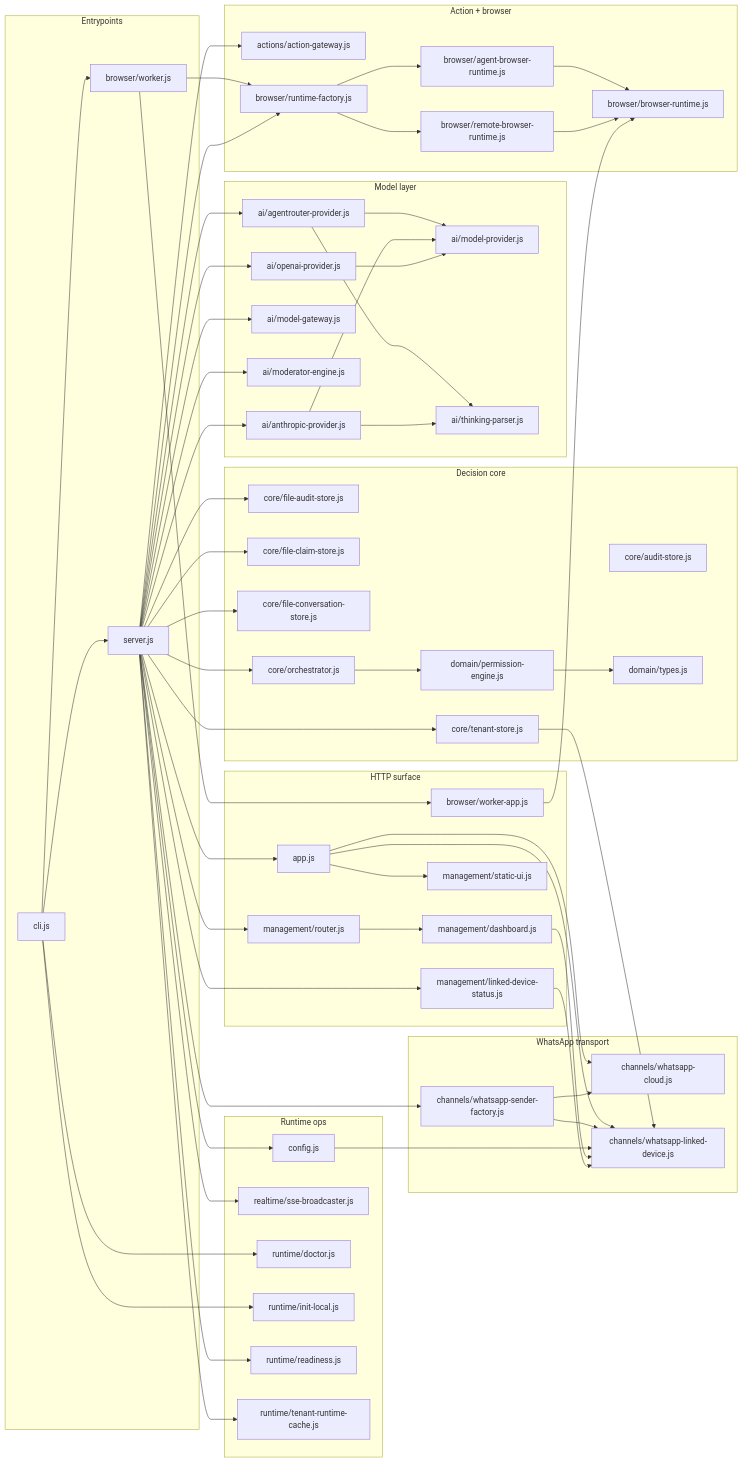
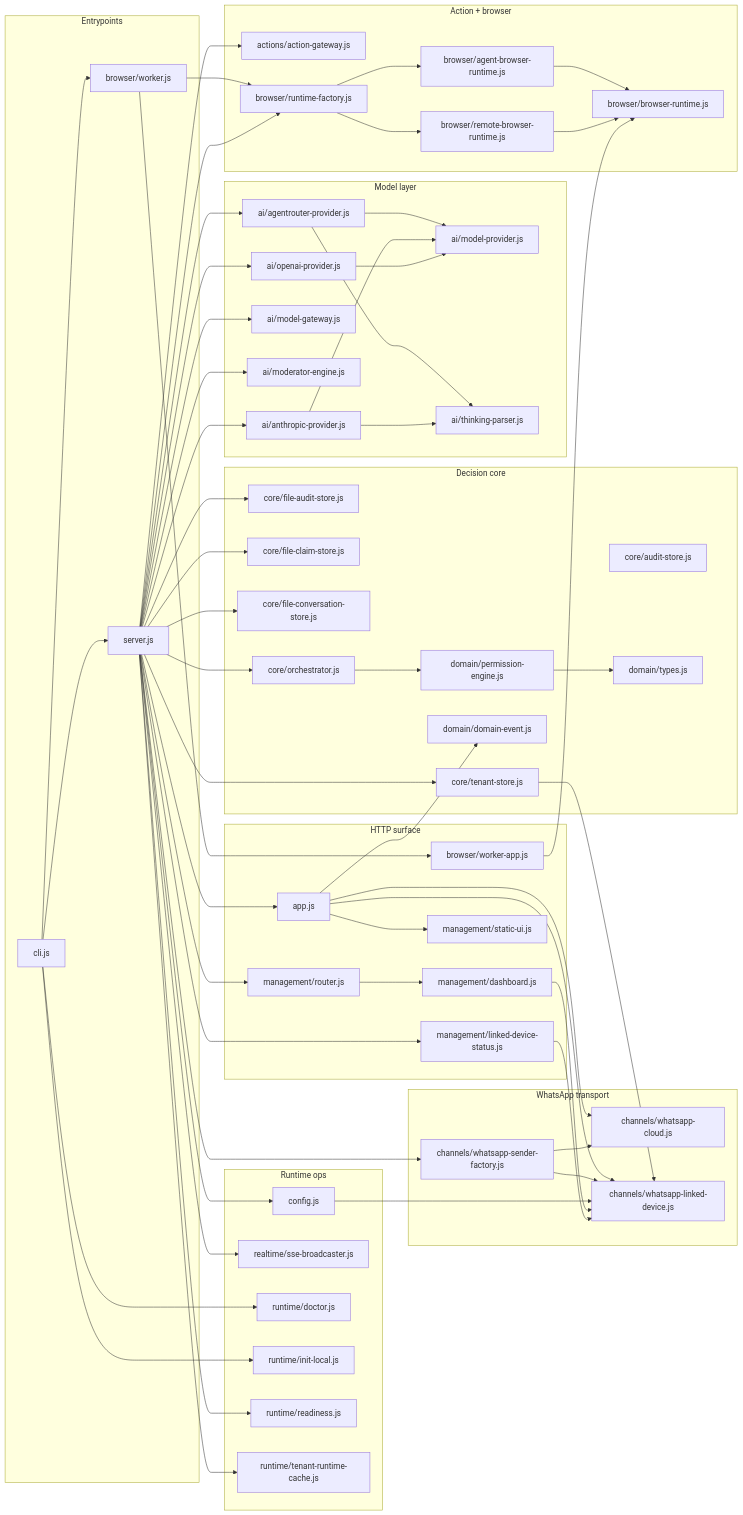
Before and after one commit to imMamdouhaboammar/whatsapp-ai-supervisor: the first of 3 diagrams in docs/CODE_GRAPH.md, drawn with Mermaid. The commit also changed other lines of this file and 1 other file, not shown here.

Commit message:
docs: refresh code graph

```diff
--- a/docs/CODE_GRAPH.md
+++ b/docs/CODE_GRAPH.md
@@ -28,6 +28,7 @@
     src_core_file_conversation_store_js["core/file-conversation-store.js"]
     src_core_orchestrator_js["core/orchestrator.js"]
     src_core_tenant_store_js["core/tenant-store.js"]
+    src_domain_domain_event_js["domain/domain-event.js"]
     src_domain_permission_engine_js["domain/permission-engine.js"]
     src_domain_types_js["domain/types.js"]
   end
@@ -67,6 +68,7 @@
   src_ai_openai_provider_js --> src_ai_model_provider_js
   src_app_js --> src_channels_whatsapp_cloud_js
   src_app_js --> src_channels_whatsapp_linked_device_js
+  src_app_js --> src_domain_domain_event_js
   src_app_js --> src_management_static_ui_js
   src_browser_agent_browser_runtime_js --> src_browser_browser_runtime_js
   src_browser_remote_browser_runtime_js --> src_browser_browser_runtime_js
```
